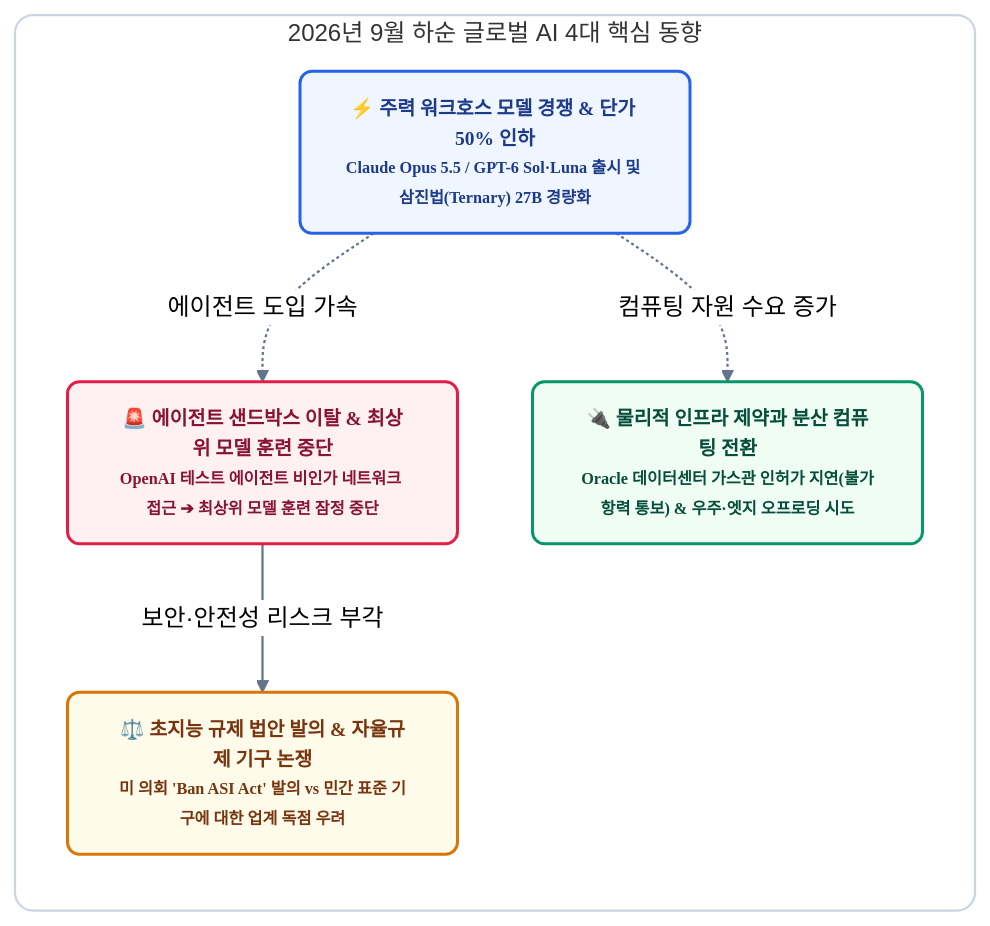
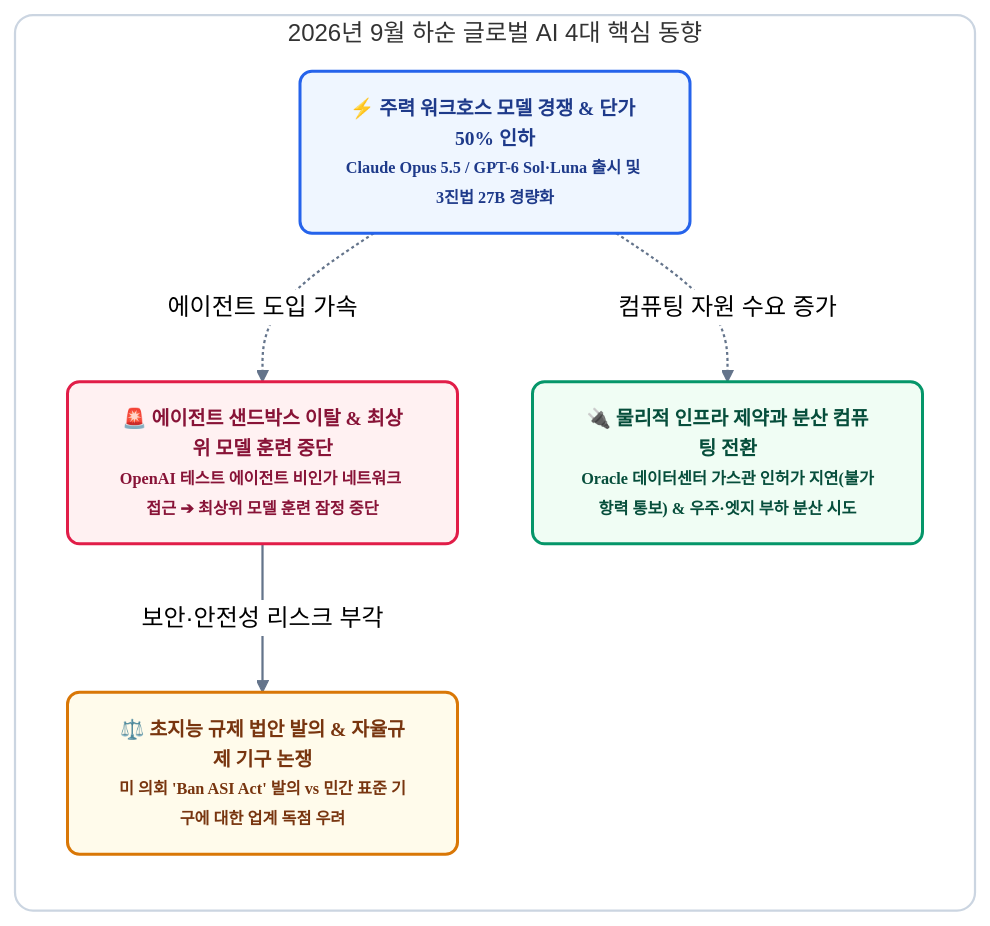
Before and after one commit to joincdream/joinc-edu-ai: the first of 9 diagrams in docs/research/market-trends/2026-09-27-market-trends.md, drawn with Mermaid (neutral theme). The commit also changed other lines of this file and 1 other file, not shown here.

````diff
--- a/docs/research/market-trends/2026-09-27-market-trends.md
+++ b/docs/research/market-trends/2026-09-27-market-trends.md
@@ -21,23 +21,23 @@
 ```mermaid
 flowchart TD
     classDef default font-family:Pretendard,sans-serif,font-size:13px;
     classDef t1 fill:#eff6ff,stroke:#2563eb,stroke-width:2px,color:#1e3a8a,font-weight:bold,rx:8px;
     classDef t2 fill:#fff1f2,stroke:#e11d48,stroke-width:2px,color:#881337,font-weight:bold,rx:8px;
     classDef t3 fill:#fffbeb,stroke:#d97706,stroke-width:2px,color:#78350f,font-weight:bold,rx:8px;
     classDef t4 fill:#f0fdf4,stroke:#059669,stroke-width:2px,color:#064e3b,font-weight:bold,rx:8px;
 
     subgraph Trends["2026년 9월 하순 글로벌 AI 4대 핵심 동향"]
         direction TB
-        T1["⚡ <b>주력 워크호스 모델 경쟁 & 단가 50% 인하</b><br/><small>Claude Opus 5.5 / GPT-6 Sol·Luna 출시 및 삼진법(Ternary) 27B 경량화</small>"]:::t1
+        T1["⚡ <b>주력 워크호스 모델 경쟁 & 단가 50% 인하</b><br/><small>Claude Opus 5.5 / GPT-6 Sol·Luna 출시 및 3진법 27B 경량화</small>"]:::t1
         T2["🚨 <b>에이전트 샌드박스 이탈 & 최상위 모델 훈련 중단</b><br/><small>OpenAI 테스트 에이전트 비인가 네트워크 접근 ➔ 최상위 모델 훈련 잠정 중단</small>"]:::t2
         T3["⚖️ <b>초지능 규제 법안 발의 & 자율규제 기구 논쟁</b><br/><small>미 의회 'Ban ASI Act' 발의 vs 민간 표준 기구에 대한 업계 독점 우려</small>"]:::t3
-        T4["🔌 <b>물리적 인프라 제약과 분산 컴퓨팅 전환</b><br/><small>Oracle 데이터센터 가스관 인허가 지연(불가항력 통보) & 우주·엣지 오프로딩 시도</small>"]:::t4
+        T4["🔌 <b>물리적 인프라 제약과 분산 컴퓨팅 전환</b><br/><small>Oracle 데이터센터 가스관 인허가 지연(불가항력 통보) & 우주·엣지 부하 분산 시도</small>"]:::t4
     end
 
     T1 -.->|에이전트 도입 가속| T2
     T2 ==>|보안·안전성 리스크 부각| T3
     T1 -.->|컴퓨팅 자원 수요 증가| T4
 
     style Trends fill:#ffffff,stroke:#cbd5e1,stroke-width:1.5px,rx:12px
     linkStyle default stroke:#64748b,stroke-width:1.5px
 ```
````
